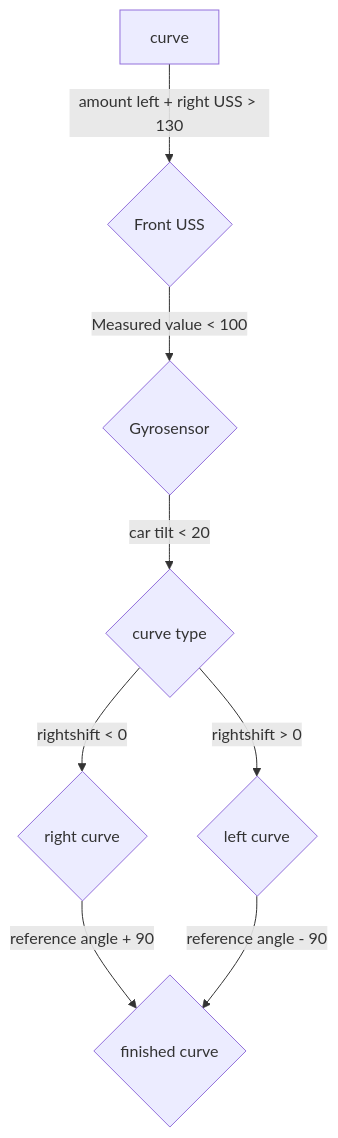
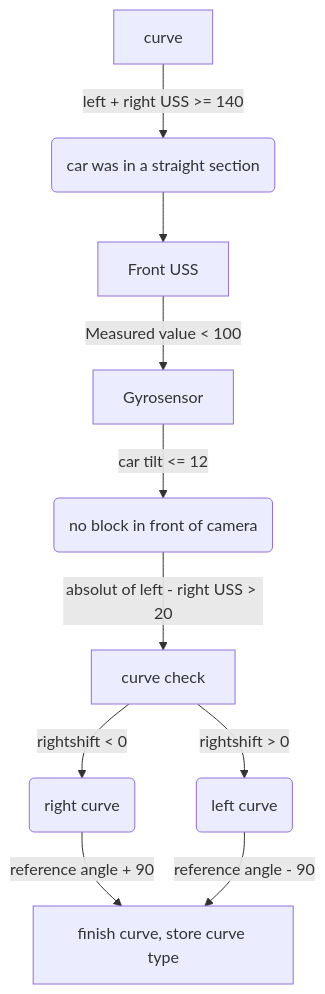
Before and after one commit to SchroedingersBit/PfortGTPanama: the second of 2 diagrams in programming/OpenChallenge/README.md, drawn with Mermaid. The commit also changed other lines of this file, not shown here.

````diff
--- a/programming/OpenChallenge/README.md
+++ b/programming/OpenChallenge/README.md
@@ -24,11 +24,13 @@
 ```mermaid
 flowchart TB;
-curve --> |amount left + right USS > 130| F{Front USS};
-F --> |Measured value < 100| G{Gyrosensor};
-G --> |car tilt < 20 |C{curve type};
-C --> |rightshift < 0| R{right curve};
-R --> |reference angle + 90 |K{finished curve};
-C --> |rightshift > 0| L{left curve};
+
+curve --> | left + right USS >= 140| S(car was in a straight section) --> F[Front USS];
+F--> |Measured value < 100| Gyrosensor;
+Gyrosensor --> |car tilt <= 12 | B(no block in front of camera);
+B --> |absolut of left - right USS > 20| C[curve check]
+C --> |rightshift < 0| R(right curve);
+R --> |reference angle + 90 |K[finish curve, store curve type];
+C --> |rightshift > 0| L(left curve);
 L --> |reference angle - 90 |K;
 
 ```
````
